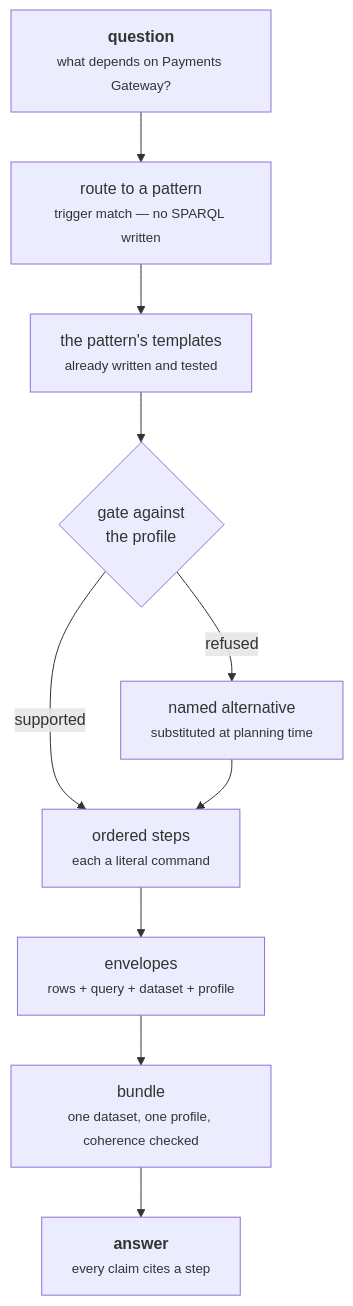
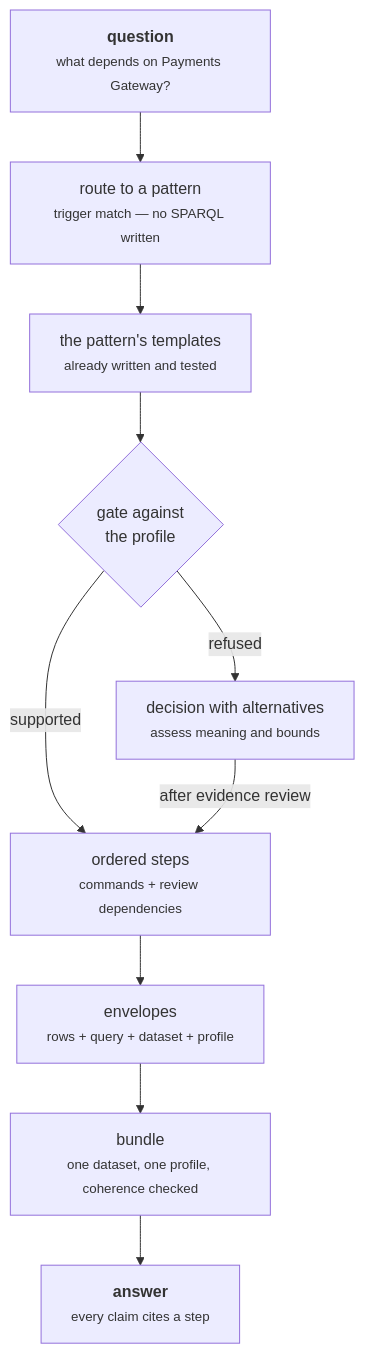
One commit to linked-archi/linked-archi-apm changed the diagram in docs/walkthrough.md. Above: the diagram before and after it, drawn with Mermaid. The commit also changed other lines of this file and 23 other files, not shown here.

````diff
--- a/docs/walkthrough.md
+++ b/docs/walkthrough.md
@@ -19,13 +21,13 @@
 ```mermaid
 flowchart TB
   Q["<b>question</b><br/><small>what depends on Payments Gateway?</small>"]
   Q --> R["route to a pattern<br/><small>trigger match — no SPARQL written</small>"]
   R --> T["the pattern's templates<br/><small>already written and tested</small>"]
   T --> G{"gate against<br/>the profile"}
   G -->|"supported"| S
-  G -->|"refused"| ALT["named alternative<br/><small>substituted at planning time</small>"]
-  ALT --> S["ordered steps<br/><small>each a literal command</small>"]
+  G -->|"refused"| ALT["decision with alternatives<br/><small>assess meaning and bounds</small>"]
+  ALT -->|"after evidence review"| S["ordered steps<br/><small>commands + review dependencies</small>"]
   S --> E["envelopes<br/><small>rows + query + dataset + profile</small>"]
   E --> B["bundle<br/><small>one dataset, one profile, coherence checked</small>"]
   B --> A["<b>answer</b><br/><small>every claim cites a step</small>"]
 ```
````
